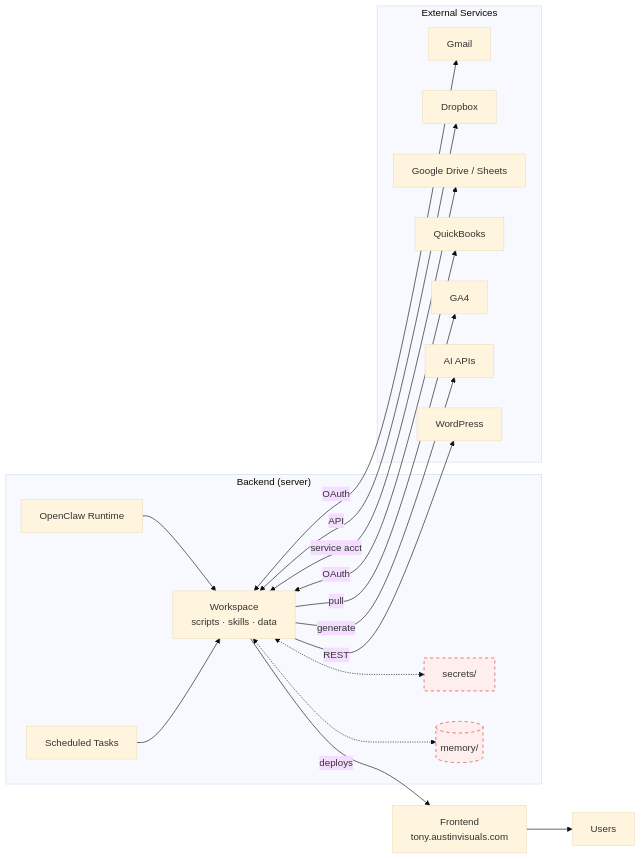
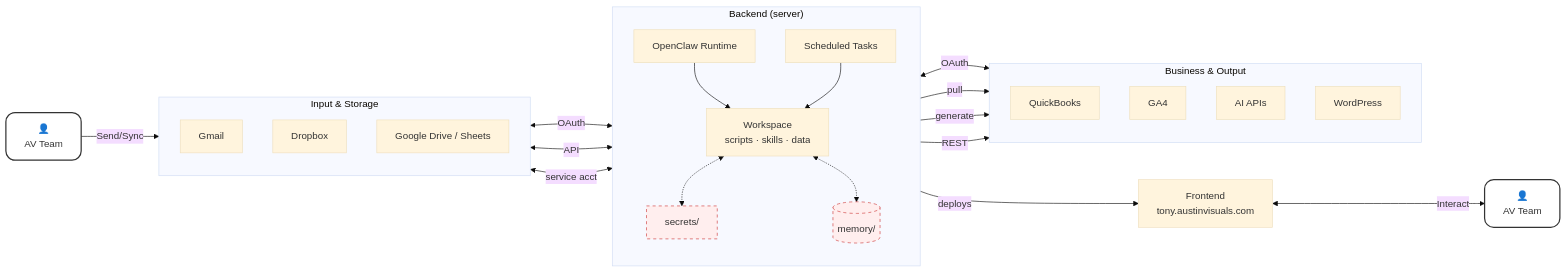
The diagram in architecture/01-components.md (therealsparks/tony-docs), drawn with Mermaid (base theme) before and after one commit.

Commit message:
fix: revise architecture diagram for clarity and completeness
updated the architecture diagram to include business and output services, and refined the connections between components.

````diff
--- a/architecture/01-components.md
+++ b/architecture/01-components.md
@@ -7,41 +7,57 @@
 ```mermaid
 flowchart LR
+    subgraph tools["Input & Storage"]
+        direction TB
+        GM["Gmail"]
+        DB["Dropbox"]
+        GOOG["Google Drive / Sheets"]
+    end
+
     subgraph backend["Backend (server)"]
+        direction TB
         RT["OpenClaw Runtime"]
         CRON["Scheduled Tasks"]
         WS["Workspace\nscripts · skills · data"]
         SEC["secrets/"]
         MEM[("memory/")]
 
         RT & CRON --> WS
         WS <-.-> SEC
         WS <-.-> MEM
     end
 
-    subgraph ext["External Services"]
-        GM["Gmail"]
-        DB["Dropbox"]
-        GOOG["Google Drive / Sheets"]
+    subgraph services["Business & Output"]
+        direction TB
         QBO["QuickBooks"]
         GA["GA4"]
         AI["AI APIs"]
         WP["WordPress"]
     end
 
-    FRONTEND["Frontend\ntony.austinvisuals.com"]
-    USERS["Users"]
+    %% Left Side: External Input
+    USERS_IN["#128100;<br/>AV Team"] -->|Send/Sync| GM
 
-    WS <-->|OAuth| GM
-    WS <-->|API| DB
-    WS <-->|service acct| GOOG
+    %% Left Flank Connections
+    GM <-->|OAuth| WS
+    DB <-->|API| WS
+    GOOG <-->|service acct| WS
+
+    %% Right Flank Connections
     WS <-->|OAuth| QBO
     WS -->|pull| GA
     WS -->|generate| AI
     WS -->|REST| WP
 
-    WS -->|deploys| FRONTEND
-    FRONTEND --> USERS
+    %% Deployment Flow and Right Side Interaction
+    WS -->|deploys| FRONTEND["Frontend\ntony.austinvisuals.com"]
+    
+    USERS_OUT["#128100;<br/>AV Team"]
+    FRONTEND <-->|Interact| USERS_OUT
 
+    %% Class Definitions
     classDef missing fill:#fee,stroke:#c33,stroke-dasharray:5 5
+    classDef userNode fill:#fff,stroke:#333,stroke-width:2px,rx:15,ry:15
+    
     class SEC,MEM missing
+    class USERS_IN,USERS_OUT userNode
 ```
````
